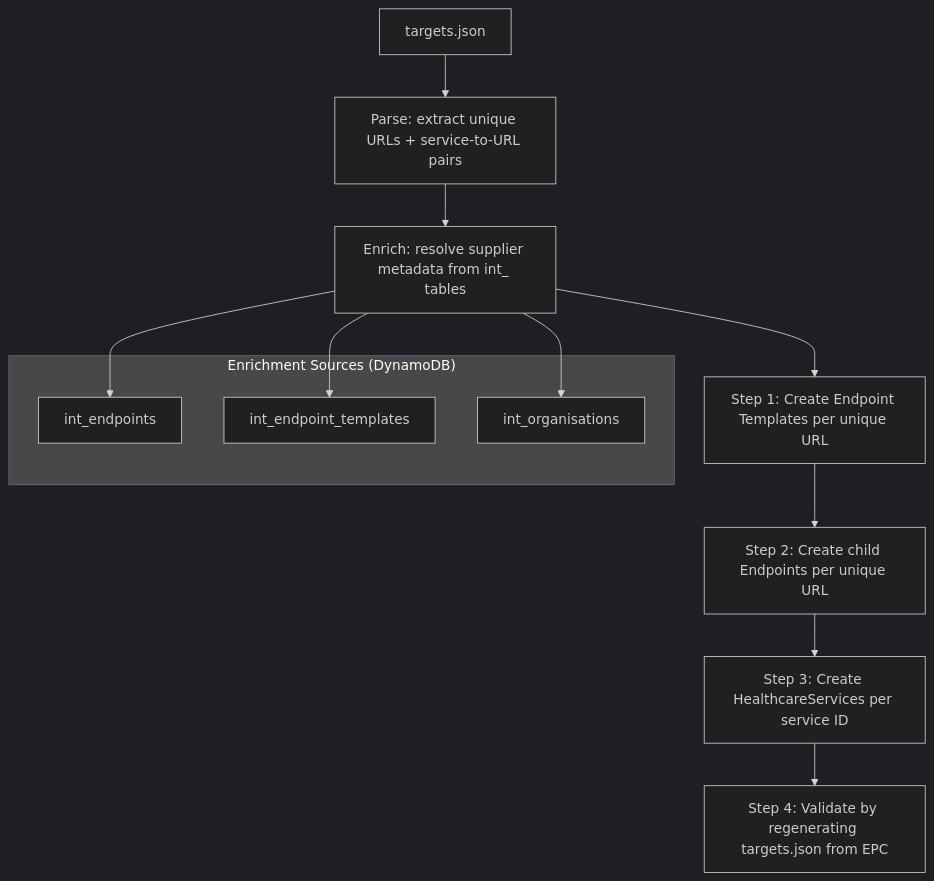
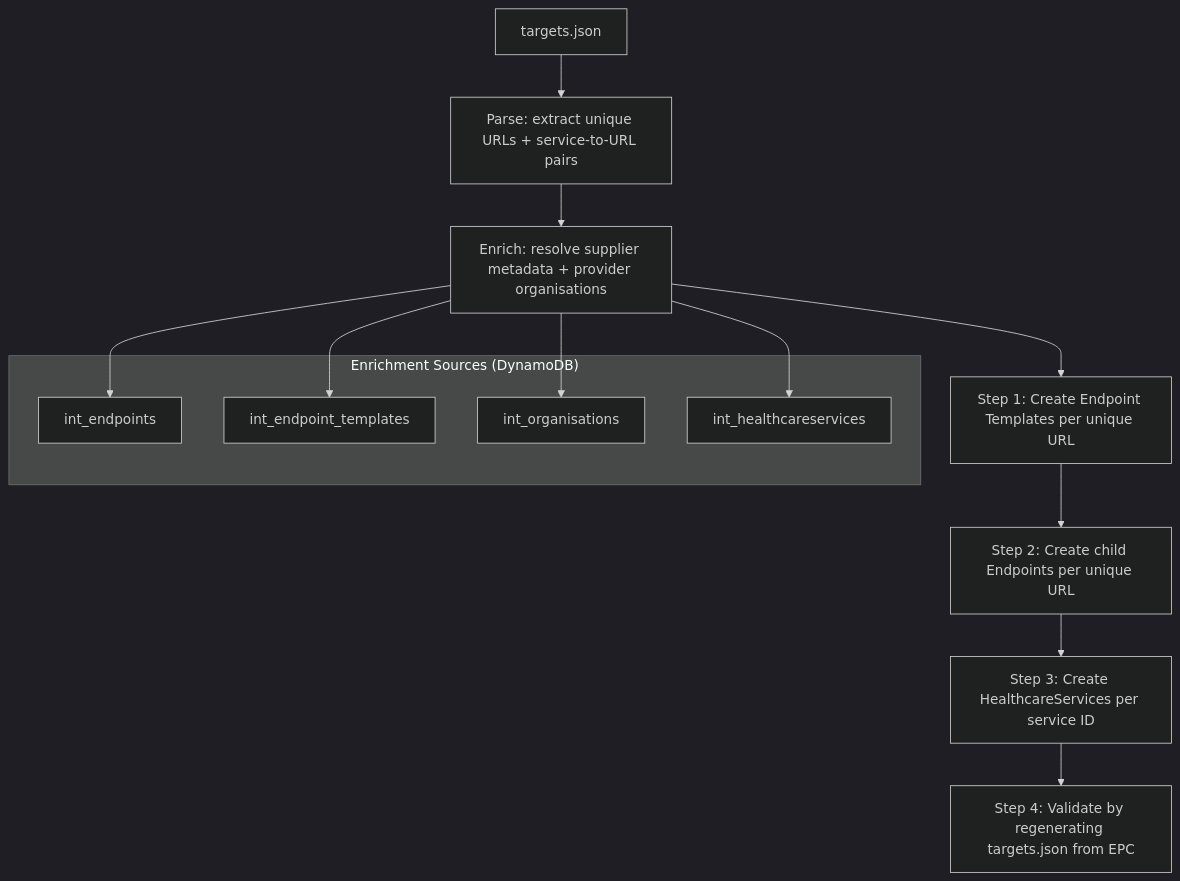
One commit to RichardWardNHSD/epc-work changed the first of 2 diagrams in Data Migration/Documentation/migration-from-targets-json.md. Above: the diagram before and after it, drawn with Mermaid (dark theme). The commit also changed other lines of this file, not shown here.

Commit message:
Make provider organisation resolution a required part of Step 0, not optional enrichment

````diff
--- a/Data Migration/Documentation/migration-from-targets-json.md
+++ b/Data Migration/Documentation/migration-from-targets-json.md
@@ -47,19 +47,21 @@
 ```mermaid
 flowchart TD
     TJ[targets.json] --> PARSE[Parse: extract unique URLs + service-to-URL pairs]
-    PARSE --> ENRICH[Enrich: resolve supplier metadata from int_ tables]
+    PARSE --> ENRICH[Enrich: resolve supplier metadata + provider organisations]
     ENRICH --> S1[Step 1: Create Endpoint Templates per unique URL]
     S1 --> S2[Step 2: Create child Endpoints per unique URL]
     S2 --> S3[Step 3: Create HealthcareServices per service ID]
     S3 --> VALIDATE[Step 4: Validate by regenerating targets.json from EPC]
 
     subgraph Enrichment["Enrichment Sources (DynamoDB)"]
         INT_EP[int_endpoints]
         INT_TPL[int_endpoint_templates]
         INT_ORG[int_organisations]
+        INT_HCS[int_healthcareservices]
     end
 
     ENRICH --> INT_EP
     ENRICH --> INT_TPL
     ENRICH --> INT_ORG
+    ENRICH --> INT_HCS
 ```
````
